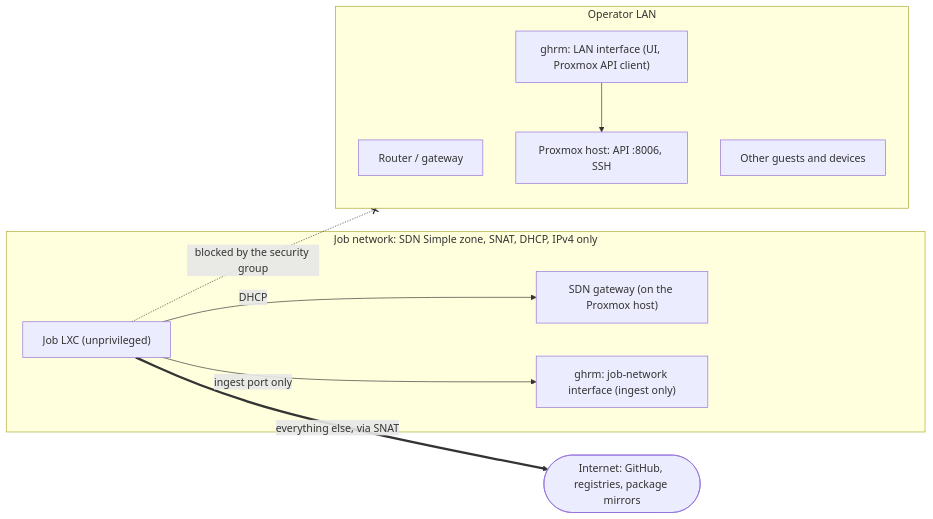
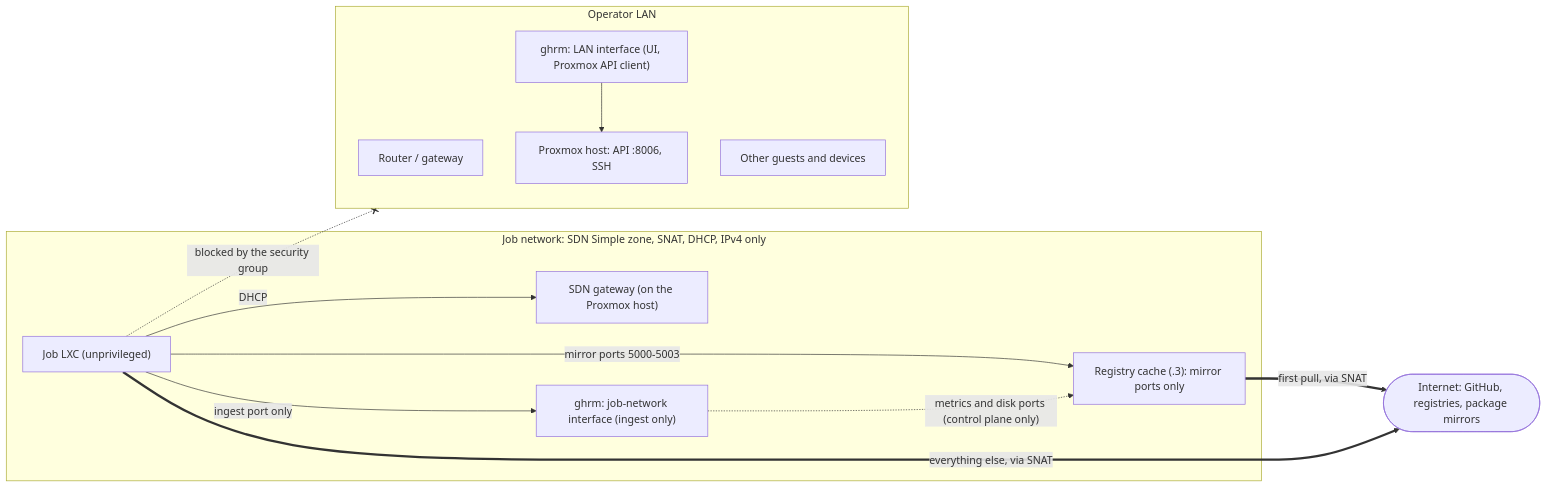
The fifth of 13 diagrams in docs/architecture.md (cocardoso/gh-runners-manager), drawn with Mermaid before and after one commit. The commit also changed other lines of this file and 2 other files, not shown here.

Commit message:
docs: registry cache

````diff
--- a/docs/architecture.md
+++ b/docs/architecture.md
@@ -194,23 +199,27 @@
 ```mermaid
 flowchart LR
     subgraph jobnet["Job network: SDN Simple zone, SNAT, DHCP, IPv4 only"]
         job["Job LXC (unprivileged)"]
         gw["SDN gateway (on the Proxmox host)"]
         cpjob["ghrm: job-network interface (ingest only)"]
+        cache["Registry cache (.3): mirror ports only"]
     end
 
     internet(["Internet: GitHub, registries, package mirrors"])
 
     subgraph lan["Operator LAN"]
         router["Router / gateway"]
         hostapi["Proxmox host: API :8006, SSH"]
         others["Other guests and devices"]
         cplan["ghrm: LAN interface (UI, Proxmox API client)"]
     end
 
     job -->|"DHCP"| gw
     job -->|"ingest port only"| cpjob
+    job -->|"mirror ports 5000-5003"| cache
+    cache ==>|"first pull, via SNAT"| internet
+    cpjob -. "metrics and disk ports (control plane only)" .-> cache
     job ==>|"everything else, via SNAT"| internet
     job -. "blocked by the security group" .-x lan
     cplan --> hostapi
 ```
````
